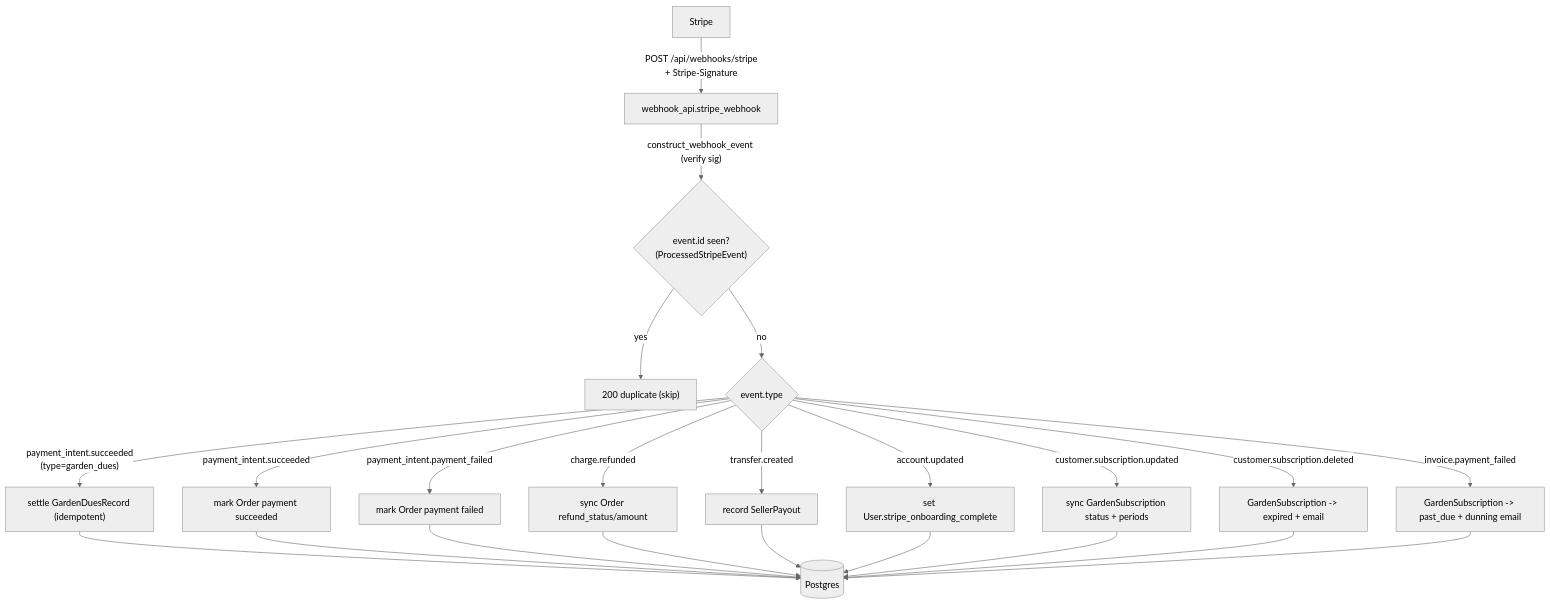
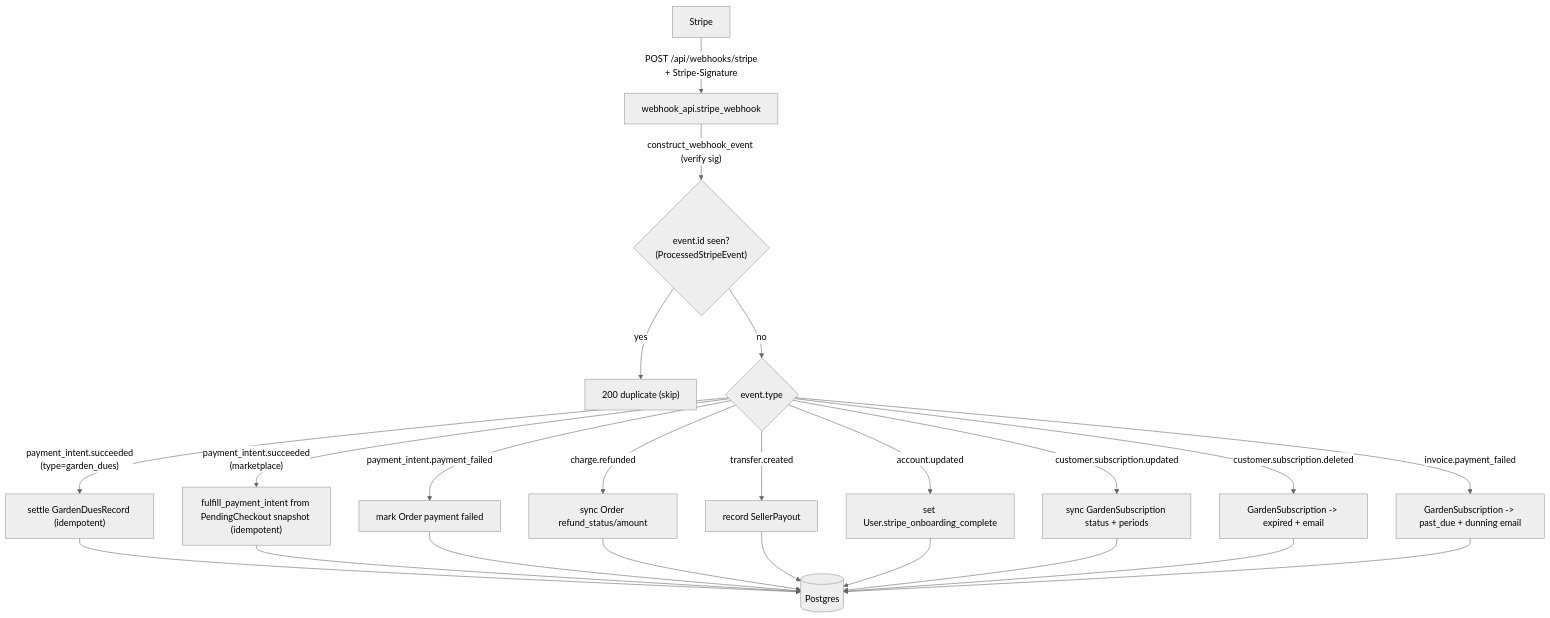
One commit to mchine73/yardharvest changed the fourth of 4 diagrams in docs/architecture/05-payments.md. Above: the diagram before and after it, drawn with Mermaid (neutral theme). The commit also changed other lines of this file and 4 other files, not shown here.

First line of the commit message:
Webhook-guaranteed marketplace fulfillment via checkout snapshot

````diff
--- a/docs/architecture/05-payments.md
+++ b/docs/architecture/05-payments.md
@@ -143,25 +149,25 @@
 ```mermaid
 flowchart TB
     ST["Stripe"] -->|"POST /api/webhooks/stripe<br/>+ Stripe-Signature"| WH["webhook_api.stripe_webhook"]
     WH -->|"construct_webhook_event (verify sig)"| IDEM{"event.id seen?<br/>(ProcessedStripeEvent)"}
     IDEM -->|yes| SKIP["200 duplicate (skip)"]
     IDEM -->|no| DISP{"event.type"}
     DISP -->|"payment_intent.succeeded<br/>(type=garden_dues)"| H0["settle GardenDuesRecord (idempotent)"]
-    DISP -->|payment_intent.succeeded| H1["mark Order payment succeeded"]
+    DISP -->|"payment_intent.succeeded<br/>(marketplace)"| H1["fulfill_payment_intent from PendingCheckout snapshot (idempotent)"]
     DISP -->|payment_intent.payment_failed| H2["mark Order payment failed"]
     DISP -->|charge.refunded| H3["sync Order refund_status/amount"]
     DISP -->|transfer.created| H4["record SellerPayout"]
     DISP -->|account.updated| H5["set User.stripe_onboarding_complete"]
     DISP -->|customer.subscription.updated| H6["sync GardenSubscription status + periods"]
     DISP -->|customer.subscription.deleted| H7["GardenSubscription -> expired + email"]
     DISP -->|invoice.payment_failed| H8["GardenSubscription -> past_due + dunning email"]
     H0 --> DB[("Postgres")]
     H1 --> DB
     H2 --> DB
     H3 --> DB
     H4 --> DB
     H5 --> DB
     H6 --> DB
     H7 --> DB
     H8 --> DB
 ```
````
